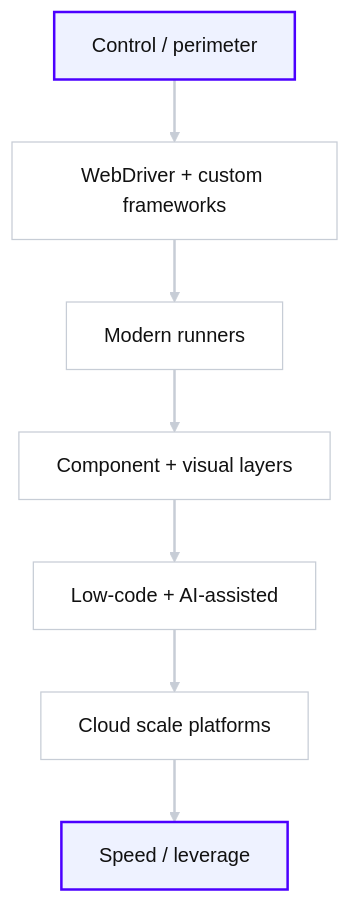
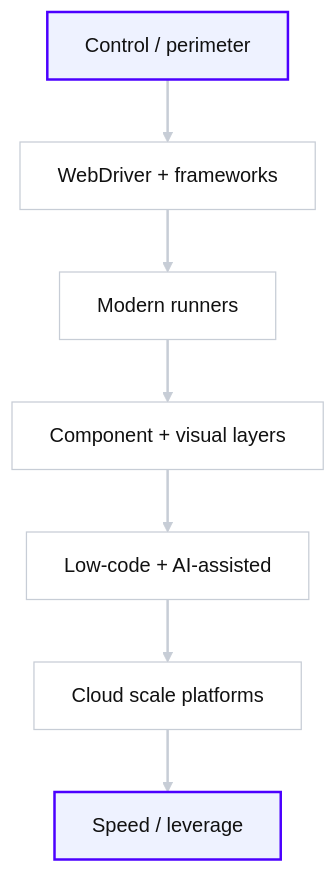
The diagram in src/data/posts/author1/2026/02/test-automation-evolution.md (TheineAddict/Null-Expected), drawn with Mermaid before and after one commit.

Commit message:
fixed a chart entry

````diff
--- a/src/data/posts/author1/2026/02/test-automation-evolution.md
+++ b/src/data/posts/author1/2026/02/test-automation-evolution.md
@@ -131,17 +131,17 @@
 ```mermaid
 flowchart TB
-  A["Control / perimeter"] --> B["WebDriver + custom frameworks        "]
+  A["Control / perimeter"] --> B["WebDriver + frameworks        "]
   B --> C["Modern runners"]
   C --> D["Component + visual layers"]
   D --> E["Low-code + AI-assisted"]
   E --> F["Cloud scale platforms"]
   F --> G["Speed / leverage"]
 
   classDef endpoint fill:#EEF2FF,stroke:#4B00FF,stroke-width:2px,color:#111;
   classDef stage fill:#FFFFFF,stroke:#C7CDD6,stroke-width:1px,color:#111;
 
   class A,G endpoint;
   class B,C,D,E,F stage;
 
   linkStyle default stroke:#C7CDD6,stroke-width:2px;
 ```
````
